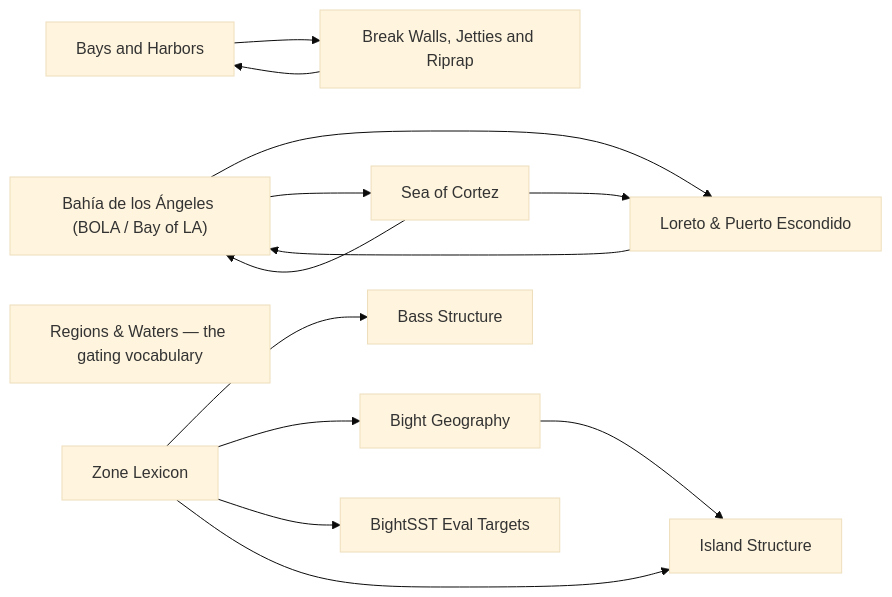
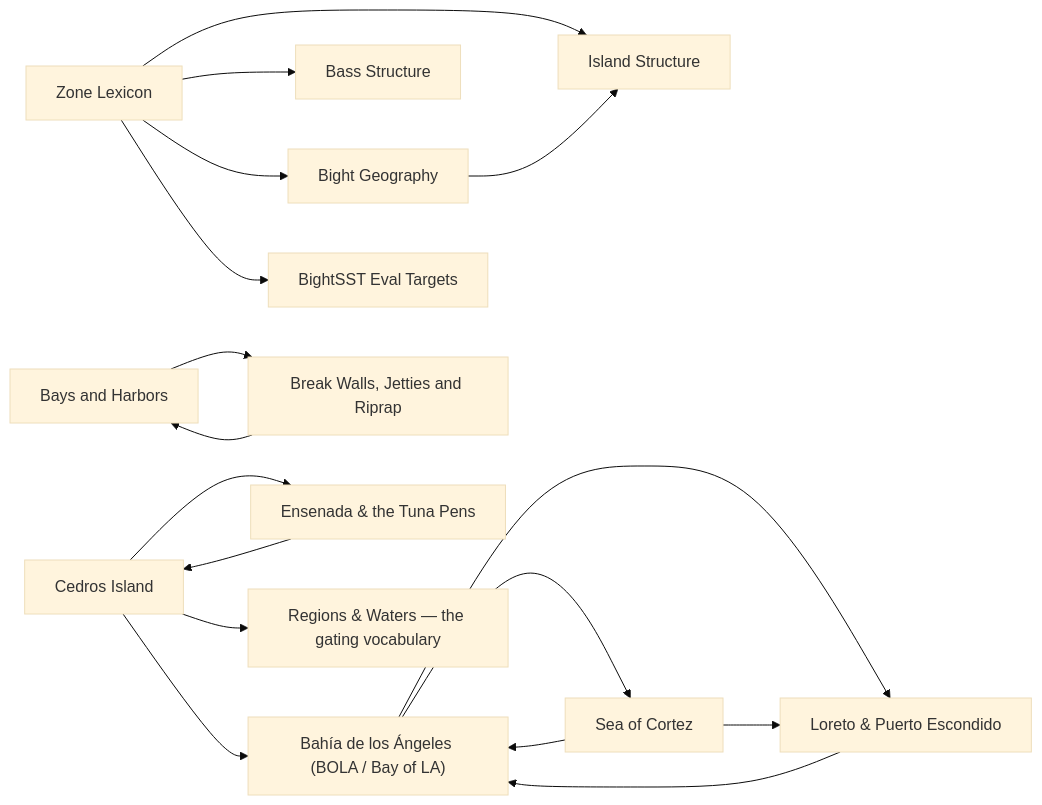
Before and after one commit to camchuckpete-max/Socal-Fishing-Knowledge: the diagram in locations/README.md, drawn with Mermaid (base theme). The commit also changed other lines of this file and 30 other files, not shown here.

````diff
--- a/locations/README.md
+++ b/locations/README.md
@@ -24,26 +26,32 @@
 ```mermaid
 graph LR
   n0["Bahía de los Ángeles (BOLA / Bay of LA)"]
   n1["Bass Structure"]
   n2["Bays and Harbors"]
   n3["Bight Geography"]
   n4["BightSST Eval Targets"]
   n5["Break Walls, Jetties and Riprap"]
-  n6["Island Structure"]
-  n7["Loreto & Puerto Escondido"]
-  n8["Regions & Waters — the gating vocabulary"]
-  n9["Sea of Cortez"]
-  n10["Zone Lexicon"]
-  n0 --> n7
+  n6["Cedros Island"]
+  n7["Ensenada & the Tuna Pens"]
+  n8["Island Structure"]
+  n9["Loreto & Puerto Escondido"]
+  n10["Regions & Waters — the gating vocabulary"]
+  n11["Sea of Cortez"]
+  n12["Zone Lexicon"]
+  n0 --> n11
   n0 --> n9
-  n10 --> n1
-  n10 --> n3
-  n10 --> n4
-  n10 --> n6
+  n11 --> n0
+  n11 --> n9
+  n12 --> n1
+  n12 --> n3
+  n12 --> n4
+  n12 --> n8
   n2 --> n5
-  n3 --> n6
+  n3 --> n8
   n5 --> n2
-  n7 --> n0
+  n6 --> n0
+  n6 --> n10
+  n6 --> n7
+  n7 --> n6
   n9 --> n0
-  n9 --> n7
 ```
````
